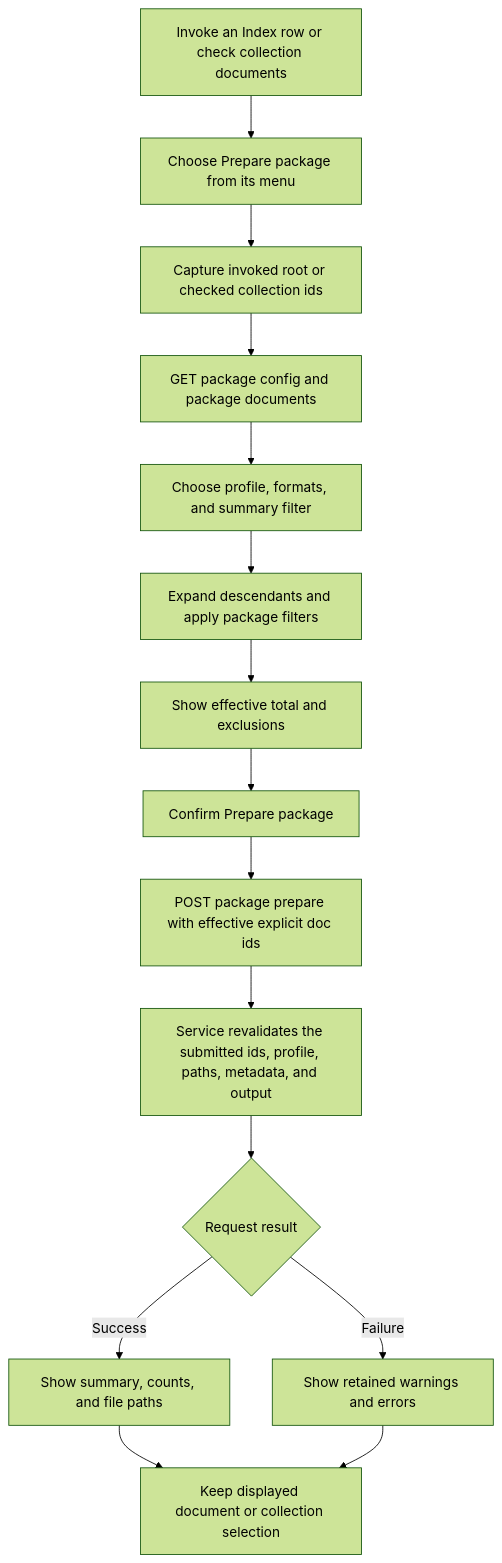
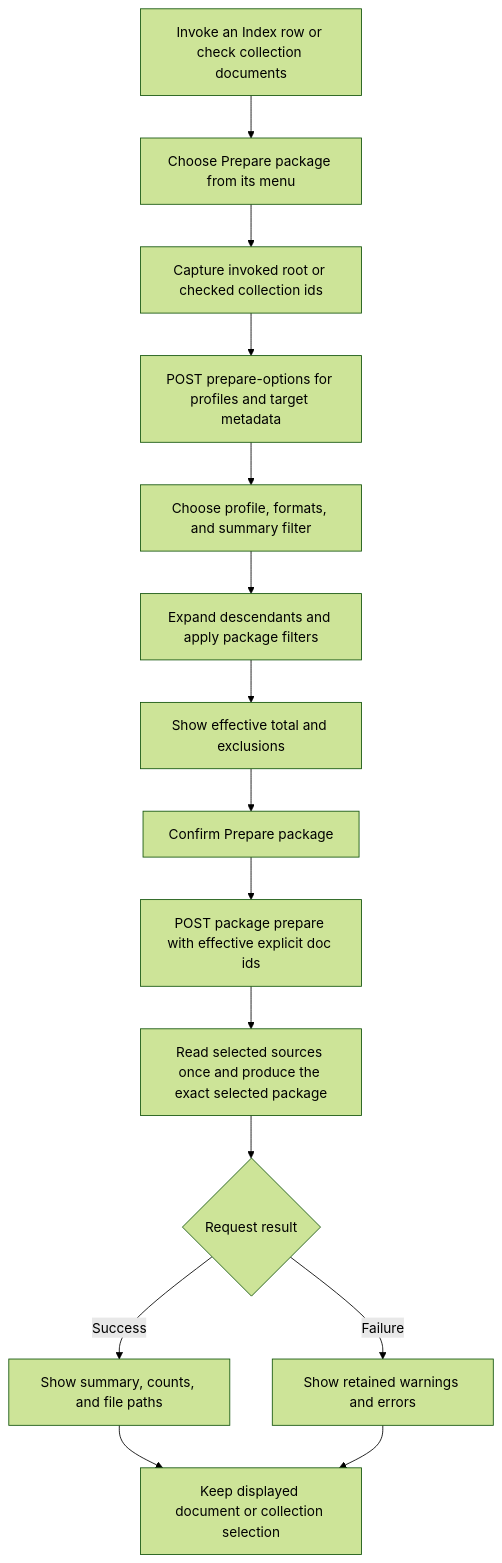
Before and after one commit to dotlineform/dotlineform-site: the diagram in documentation/studio/Package_Prepare.md, drawn with Mermaid (forest theme). The commit also changed other lines of this file and 32 other files, not shown here.

Commit message:
Settings, Export capability/calls/validation, package options and exact-selection Prepare.

````diff
--- a/documentation/studio/Package_Prepare.md
+++ b/documentation/studio/Package_Prepare.md
@@ -69,19 +69,19 @@
 ```mermaid
 flowchart TD
   accTitle: Prepare package user and service workflow
   accDescr: An invoked ordinary subtree or exact checked collection enters one compact workflow using the existing document package endpoints.
   selectDocs[Invoke an Index row or check collection documents] --> openAction[Choose Prepare package from its menu]
   openAction --> resolveTarget[Capture invoked root or checked collection ids]
-  resolveTarget --> readOptions[GET package config and package documents]
+  resolveTarget --> readOptions[POST prepare-options for profiles and target metadata]
   readOptions --> options[Choose profile, formats, and summary filter]
   options --> projectTarget[Expand descendants and apply package filters]
   projectTarget --> showTotal[Show effective total and exclusions]
   showTotal --> confirm[Confirm Prepare package]
   confirm --> prepare[POST package prepare with effective explicit doc ids]
-  prepare --> validate[Service revalidates the submitted ids, profile, paths, metadata, and output]
+  prepare --> validate[Read selected sources once and produce the exact selected package]
   validate --> result{Request result}
   result -->|Success| success[Show summary, counts, and file paths]
   result -->|Failure| failure[Show retained warnings and errors]
   success --> unchanged[Keep displayed document or collection selection]
   failure --> unchanged
 ```
````
